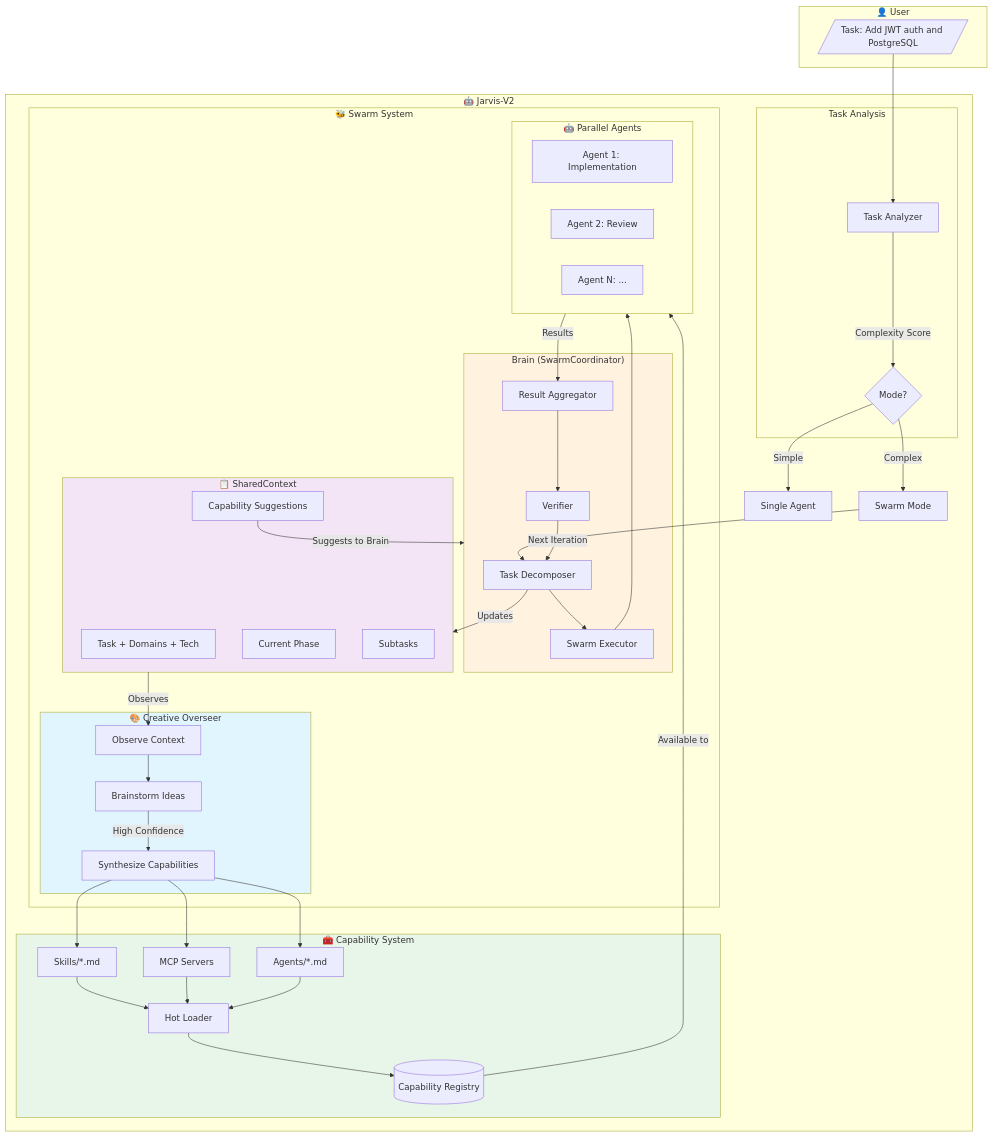
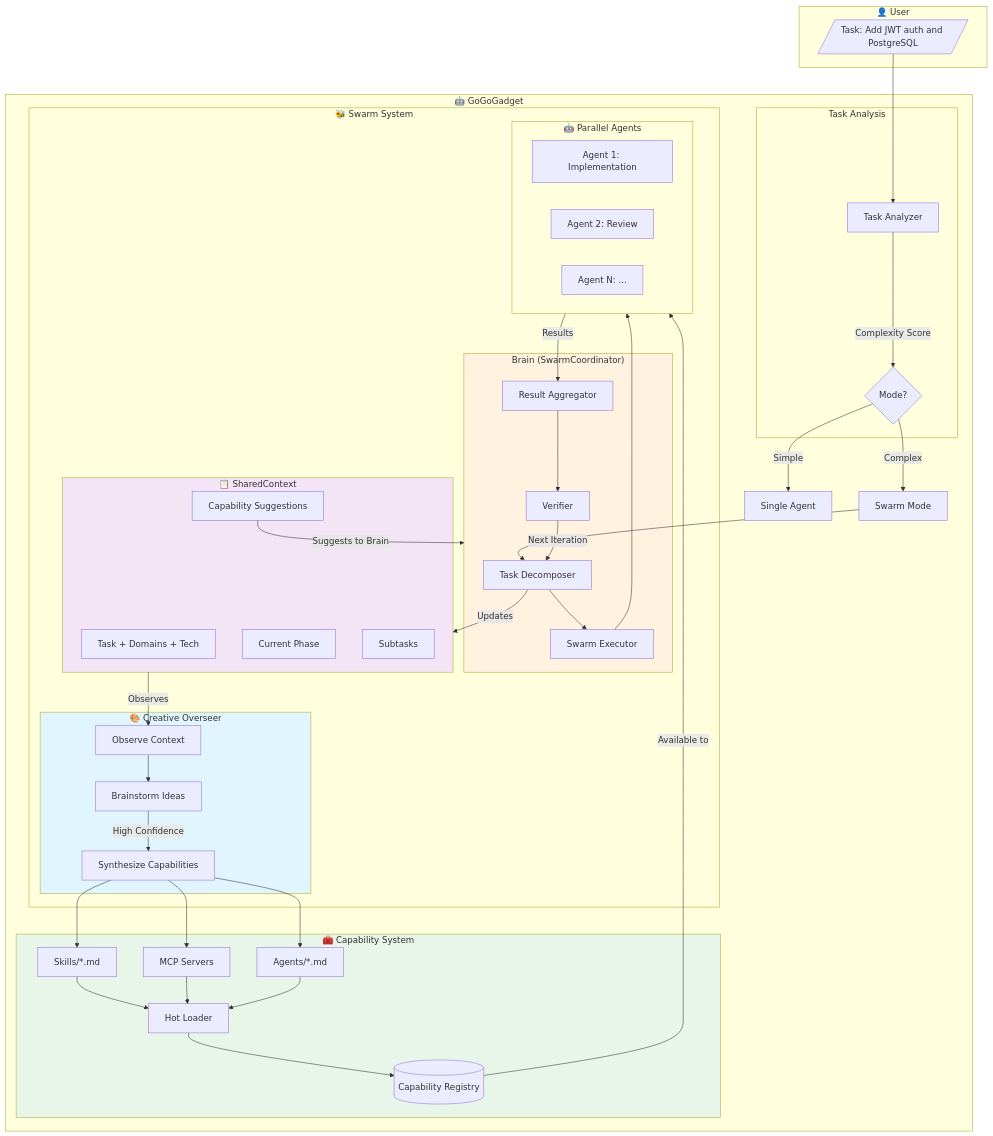
The first of 5 diagrams in docs/architecture-flowchart.md (perrywinkle1/gogo-gadget), drawn with Mermaid before and after one commit. The commit also changed other lines of this file and 40 other files, not shown here.

````diff
--- a/docs/architecture-flowchart.md
+++ b/docs/architecture-flowchart.md
@@ -5,80 +5,80 @@
 ```mermaid
 flowchart TB
     subgraph User["👤 User"]
         Task[/"Task: Add JWT auth and PostgreSQL"/]
     end
 
-    subgraph Jarvis["🤖 Jarvis-V2"]
+    subgraph GoGoGadget["🤖 GoGoGadget"]
         subgraph Analysis["Task Analysis"]
             TA[Task Analyzer]
             TA --> |Complexity Score| Decision{Mode?}
         end
 
         Decision --> |Simple| Single[Single Agent]
         Decision --> |Complex| Swarm[Swarm Mode]
 
         subgraph SwarmSystem["🐝 Swarm System"]
             subgraph Brain["Brain (SwarmCoordinator)"]
                 Decompose[Task Decomposer]
                 Execute[Swarm Executor]
                 Verify[Verifier]
                 Aggregate[Result Aggregator]
             end
 
             subgraph Overseer["🎨 Creative Overseer"]
                 Observe[Observe Context]
                 Brainstorm[Brainstorm Ideas]
                 Synthesize[Synthesize Capabilities]
             end
 
             subgraph SharedState["📋 SharedContext"]
                 TaskInfo[Task + Domains + Tech]
                 Phase[Current Phase]
                 Subtasks[Subtasks]
                 Suggestions[Capability Suggestions]
             end
 
             subgraph Agents["🤖 Parallel Agents"]
                 A1[Agent 1: Implementation]
                 A2[Agent 2: Review]
                 A3[Agent N: ...]
             end
         end
 
         subgraph Capabilities["🧰 Capability System"]
             Registry[(Capability Registry)]
             Skills[Skills/*.md]
             MCPs[MCP Servers]
             AgentDefs[Agents/*.md]
             HotLoad[Hot Loader]
         end
     end
 
     Task --> TA
     Swarm --> Decompose
     Decompose --> |Updates| SharedState
     SharedState --> |Observes| Observe
     Decompose --> Execute
     Execute --> Agents
     Agents --> |Results| Aggregate
     Aggregate --> Verify
     Verify --> |Next Iteration| Decompose
 
     Observe --> Brainstorm
     Brainstorm --> |High Confidence| Synthesize
     Synthesize --> Skills
     Synthesize --> MCPs
     Synthesize --> AgentDefs
     Skills --> HotLoad
     MCPs --> HotLoad
     AgentDefs --> HotLoad
     HotLoad --> Registry
     Registry --> |Available to| Agents
 
     Suggestions --> |"Suggests to Brain"| Brain
 
     style Overseer fill:#e1f5fe
     style Brain fill:#fff3e0
     style SharedState fill:#f3e5f5
     style Capabilities fill:#e8f5e9
 ```
````
